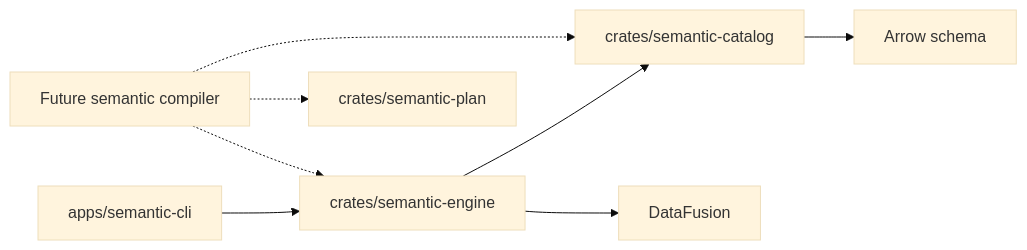
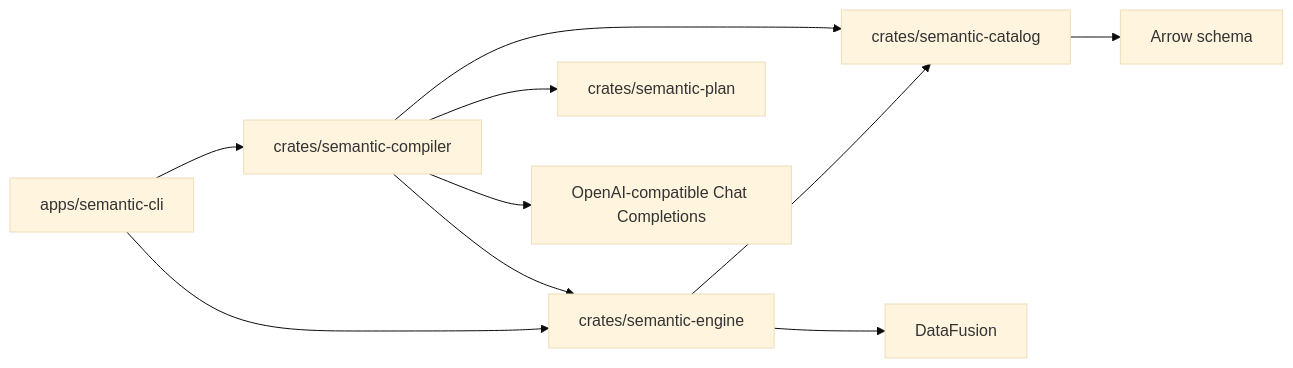
The second of 2 diagrams in docs/generated/architecture.md (dorranh/semantic-db), drawn with Mermaid (base theme) before and after one commit. The commit also changed other lines of this file and 20 other files, not shown here.

Commit message:
feat: Initial semantic-compiler implementation

````diff
--- a/docs/generated/architecture.md
+++ b/docs/generated/architecture.md
@@ -41,10 +41,12 @@
 ```mermaid
 flowchart LR
   CLI[apps/semantic-cli] --> Engine[crates/semantic-engine]
   Engine --> Catalog[crates/semantic-catalog]
   Engine --> DF[DataFusion]
   Catalog --> Arrow[Arrow schema]
-  Compiler[Future semantic compiler] -.-> Intent[crates/semantic-plan]
-  Compiler -.-> Catalog
-  Compiler -.-> Engine
+  CLI --> Compiler[crates/semantic-compiler]
+  Compiler --> Intent[crates/semantic-plan]
+  Compiler --> Catalog
+  Compiler --> Engine
+  Compiler --> Provider[OpenAI-compatible Chat Completions]
 ```
````
